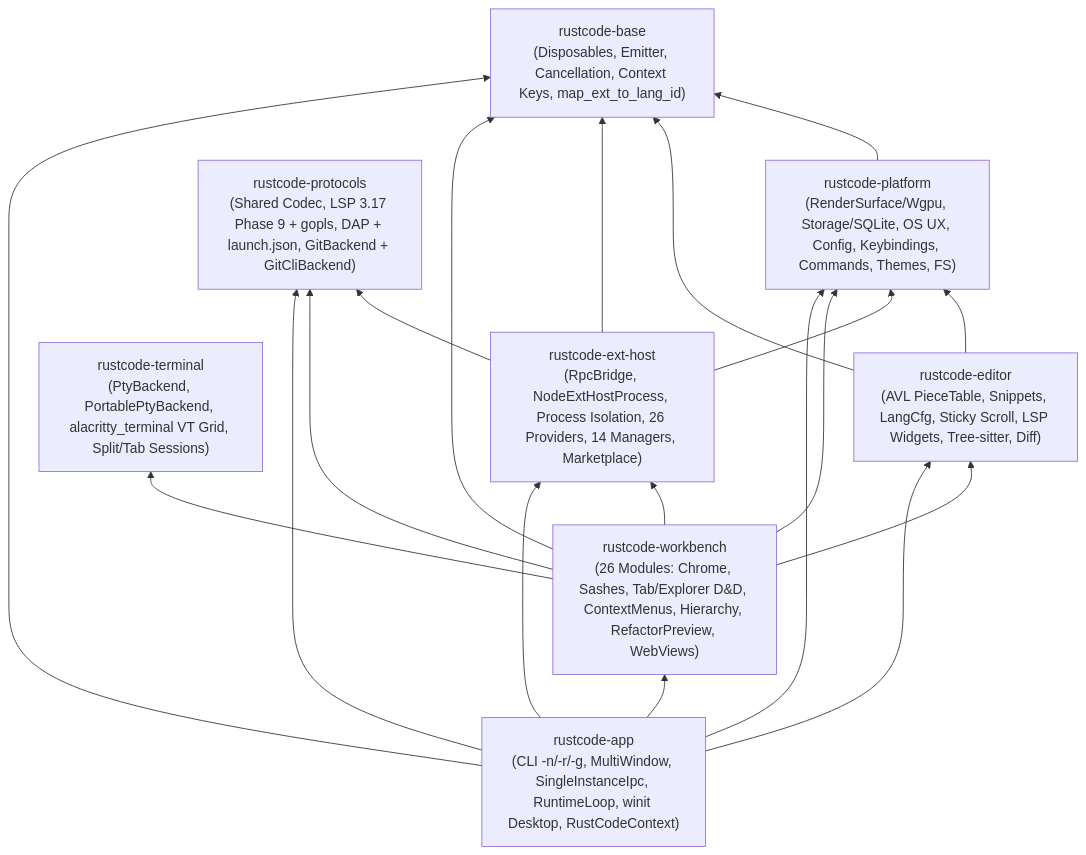
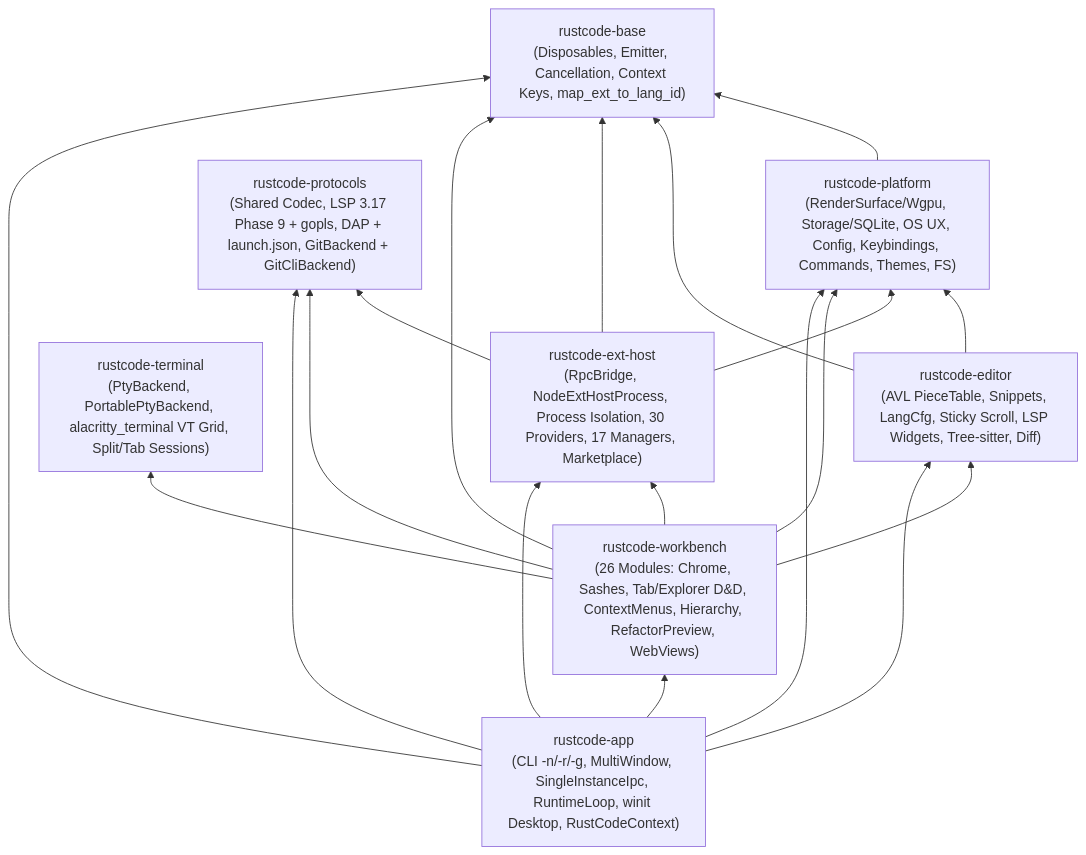
Before and after one commit to revelino01/vscode-in-rust: the diagram in docs/architecture.md, drawn with Mermaid. The commit also changed other lines of this file and 65 other files, not shown here.

````diff
--- a/docs/architecture.md
+++ b/docs/architecture.md
@@ -17,30 +17,30 @@
 ```mermaid
 flowchart BT
     base["rustcode-base\n(Disposables, Emitter, Cancellation, Context Keys, map_ext_to_lang_id)"]
     platform["rustcode-platform\n(RenderSurface/Wgpu, Storage/SQLite, OS UX, Config, Keybindings, Commands, Themes, FS)"]
     editor["rustcode-editor\n(AVL PieceTable, Snippets, LangCfg, Sticky Scroll, LSP Widgets, Tree-sitter, Diff)"]
     terminal["rustcode-terminal\n(PtyBackend, PortablePtyBackend, alacritty_terminal VT Grid, Split/Tab Sessions)"]
     protocols["rustcode-protocols\n(Shared Codec, LSP 3.17 Phase 9 + gopls, DAP + launch.json, GitBackend + GitCliBackend)"]
-    exthost["rustcode-ext-host\n(RpcBridge, NodeExtHostProcess, Process Isolation, 26 Providers, 14 Managers, Marketplace)"]
+    exthost["rustcode-ext-host\n(RpcBridge, NodeExtHostProcess, Process Isolation, 30 Providers, 17 Managers, Marketplace)"]
     workbench["rustcode-workbench\n(26 Modules: Chrome, Sashes, Tab/Explorer D&D, ContextMenus, Hierarchy, RefactorPreview, WebViews)"]
     app["rustcode-app\n(CLI -n/-r/-g, MultiWindow, SingleInstanceIpc, RuntimeLoop, winit Desktop, RustCodeContext)"]
 
     platform --> base
     editor --> base
     editor --> platform
     exthost --> base
     exthost --> platform
     exthost --> protocols
     workbench --> base
     workbench --> platform
     workbench --> editor
     workbench --> terminal
     workbench --> protocols
     workbench --> exthost
     app --> base
     app --> platform
     app --> editor
     app --> protocols
     app --> exthost
     app --> workbench
 ```
````
